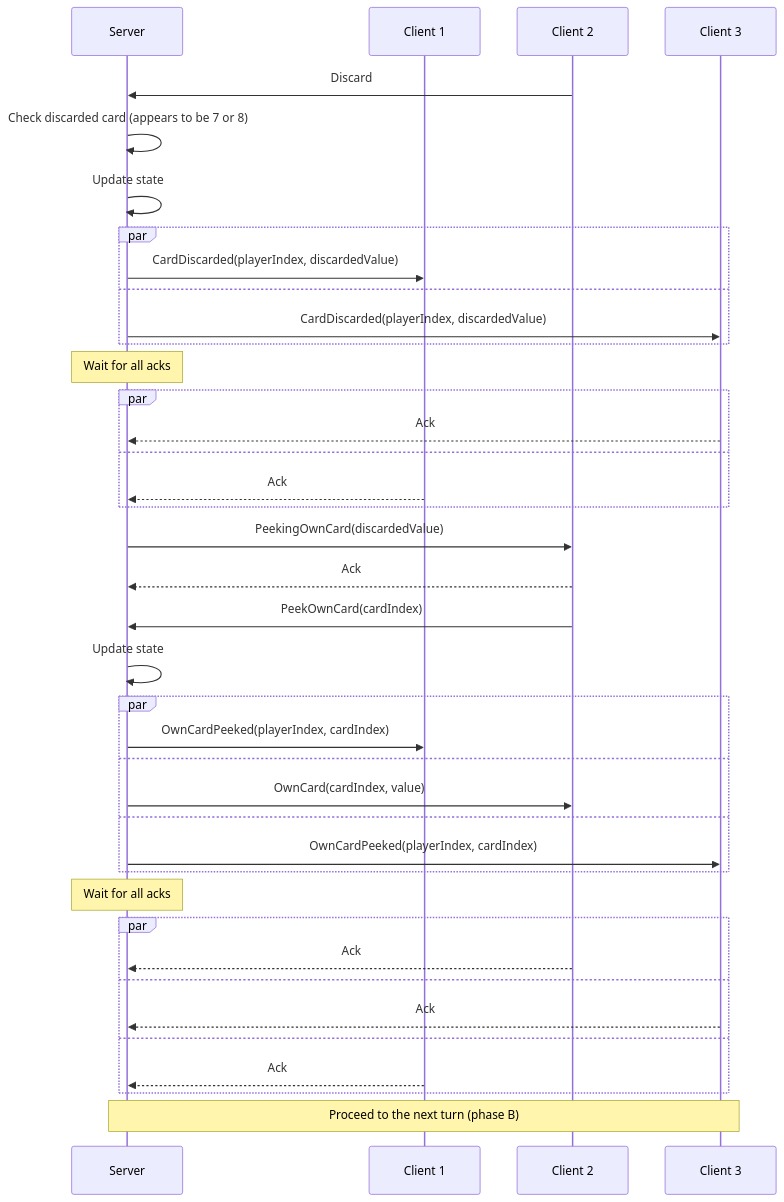
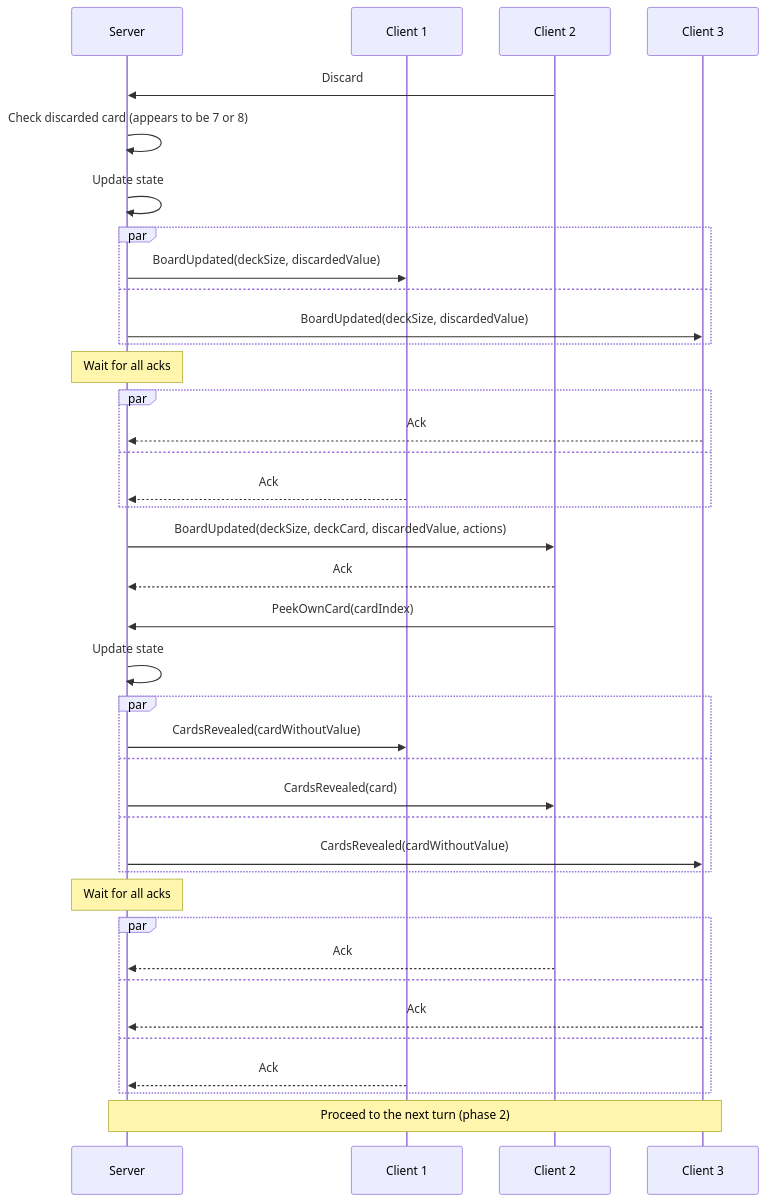
Diagram 11 of 15 in README.md (roman-zubarevich/another), drawn with Mermaid before and after one commit. The commit also changed other lines of this file, not shown here.

````diff
--- a/README.md
+++ b/README.md
@@ -310,41 +319,41 @@
 ```mermaid
 sequenceDiagram
     participant S as Server
     participant C1 as Client 1
     participant C2 as Client 2
     participant C3 as Client 3
     C2->>S: Discard
     S->>S: Check discarded card (appears to be 7 or 8)
     S->>S: Update state
     par
-        S->>C1: CardDiscarded(playerIndex, discardedValue)
+        S->>C1: BoardUpdated(deckSize, discardedValue)
     and
-        S->>C3: CardDiscarded(playerIndex, discardedValue)
+        S->>C3: BoardUpdated(deckSize, discardedValue)
     end
     Note over S: Wait for all acks
     par
         C3-->>S: Ack
     and
         C1-->>S: Ack
     end
-    S->>C2: PeekingOwnCard(discardedValue)
+    S->>C2: BoardUpdated(deckSize, deckCard, discardedValue, actions)
     C2-->>S: Ack
     C2->>S: PeekOwnCard(cardIndex)
     S->>S: Update state
     par
-        S->>C1: OwnCardPeeked(playerIndex, cardIndex)
+        S->>C1: CardsRevealed(cardWithoutValue)
     and
-        S->>C2: OwnCard(cardIndex, value)
+        S->>C2: CardsRevealed(card)
     and
-        S->>C3: OwnCardPeeked(playerIndex, cardIndex)
+        S->>C3: CardsRevealed(cardWithoutValue)
     end
     Note over S: Wait for all acks
     par
         C2-->>S: Ack
     and
         C3-->>S: Ack
     and
         C1-->>S: Ack
     end
-    Note over S,C3: Proceed to the next turn (phase B)
+    Note over S,C3: Proceed to the next turn (phase 2)
 ```
````
